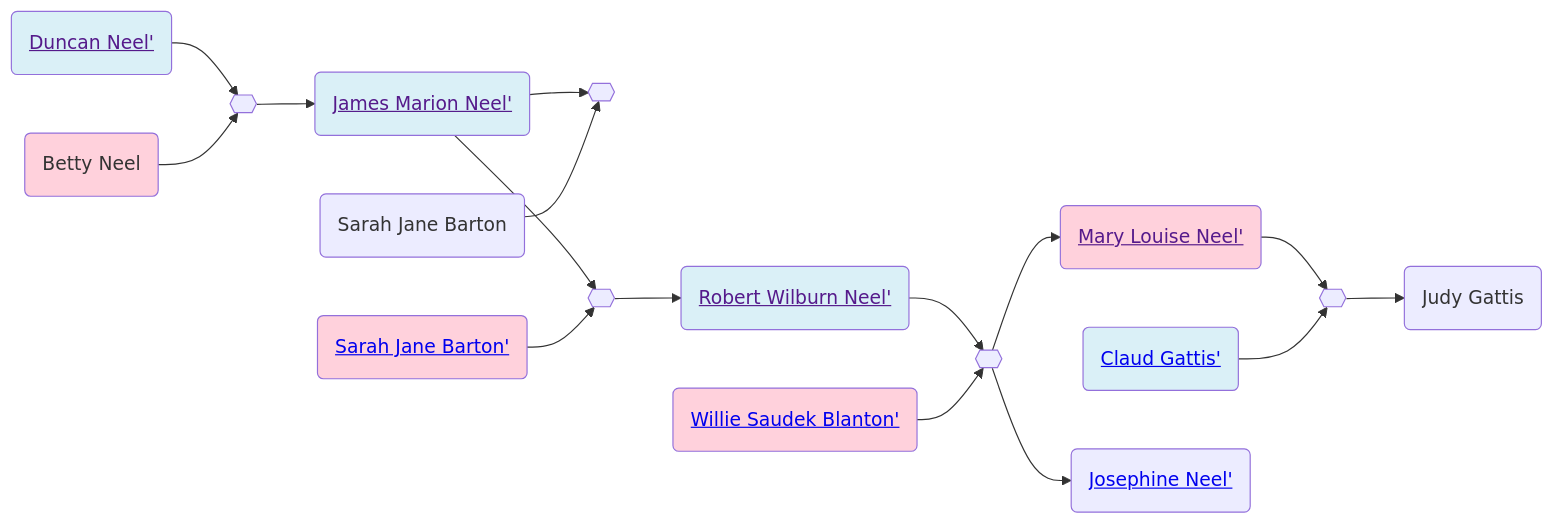
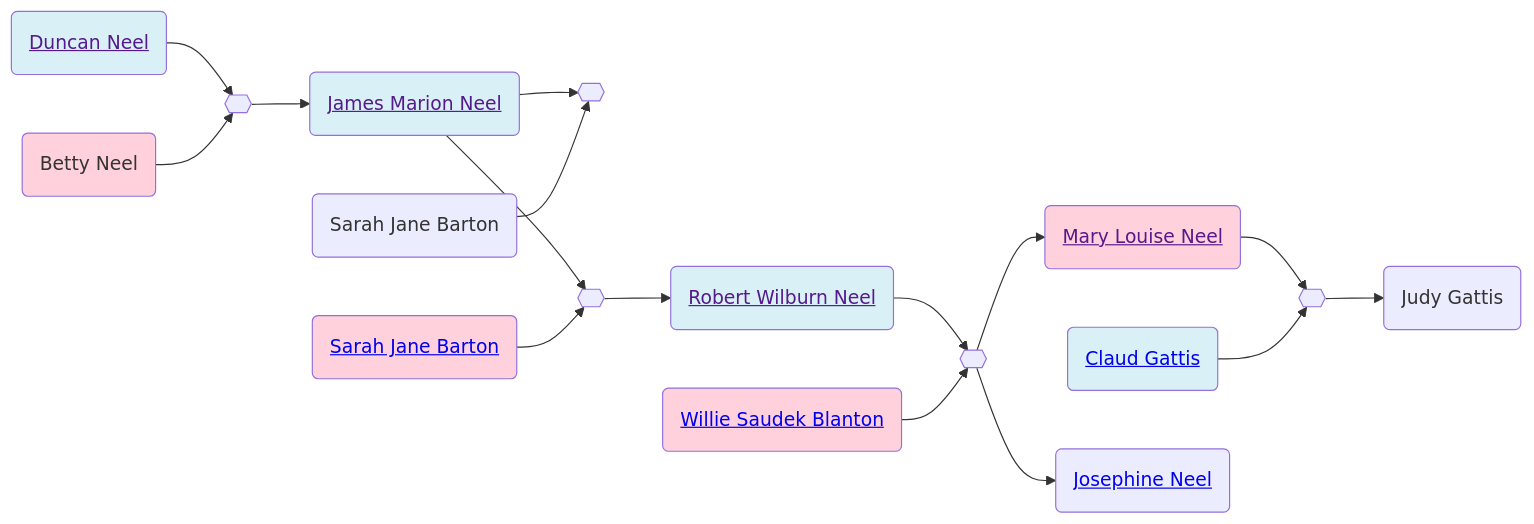
One commit to neelsmith/avocational changed the diagram in familyhistory/sources/people/Neel-line/Duncan_Neel.qmd. Above: the diagram before and after it, drawn with Mermaid. The commit also changed 96 other files, not shown here.

````diff
--- a/familyhistory/sources/people/Neel-line/Duncan_Neel.qmd
+++ b/familyhistory/sources/people/Neel-line/Duncan_Neel.qmd
@@ -26,38 +26,38 @@
 ```{mermaid}
 graph LR
 %% LR descendant diagram
 class Duncan_Neel_and_Betty_Neel marriage
-Duncan_Neel(<a href=''>Duncan Neel'</>) --> Duncan_Neel_and_Betty_Neel{{ }}
+Duncan_Neel(<a href=''>Duncan Neel</a>) --> Duncan_Neel_and_Betty_Neel{{ }}
 Betty_Neel(Betty Neel) --> Duncan_Neel_and_Betty_Neel{{ }}
 class Duncan_Neel father
 class Betty_Neel mother
-Duncan_Neel_and_Betty_Neel{{ }} --> James_Marion_Neel(<a href='./James_Marion_Neel.html'>James Marion Neel'</>)
+Duncan_Neel_and_Betty_Neel{{ }} --> James_Marion_Neel(<a href='./James_Marion_Neel.html'>James Marion Neel</a>)
 class James_Marion_Neel_and__Sarah_Jane_Barton marriage
-James_Marion_Neel(<a href=''>James Marion Neel'</>) --> James_Marion_Neel_and__Sarah_Jane_Barton{{ }}
+James_Marion_Neel(<a href=''>James Marion Neel</a>) --> James_Marion_Neel_and__Sarah_Jane_Barton{{ }}
 _Sarah_Jane_Barton( Sarah Jane Barton) --> James_Marion_Neel_and__Sarah_Jane_Barton{{ }}
 class James_Marion_Neel_and_Sarah_Jane_Barton marriage
-James_Marion_Neel(<a href=''>James Marion Neel'</>) --> James_Marion_Neel_and_Sarah_Jane_Barton{{ }}
-Sarah_Jane_Barton(<a href='./Sarah_Jane_Barton.html'>Sarah Jane Barton'</>) --> James_Marion_Neel_and_Sarah_Jane_Barton{{ }}
+James_Marion_Neel(<a href=''>James Marion Neel</a>) --> James_Marion_Neel_and_Sarah_Jane_Barton{{ }}
+Sarah_Jane_Barton(<a href='./Sarah_Jane_Barton.html'>Sarah Jane Barton</a>) --> James_Marion_Neel_and_Sarah_Jane_Barton{{ }}
 class James_Marion_Neel father
 class Sarah_Jane_Barton mother
-James_Marion_Neel_and_Sarah_Jane_Barton{{ }} --> Robert_Wilburn_Neel(<a href='./Robert_Wilburn_Neel.html'>Robert Wilburn Neel'</>)
+James_Marion_Neel_and_Sarah_Jane_Barton{{ }} --> Robert_Wilburn_Neel(<a href='./Robert_Wilburn_Neel.html'>Robert Wilburn Neel</a>)
 class Robert_Wilburn_Neel_and_Willie_Saudek_Blanton marriage
-Robert_Wilburn_Neel(<a href=''>Robert Wilburn Neel'</>) --> Robert_Wilburn_Neel_and_Willie_Saudek_Blanton{{ }}
-Willie_Saudek_Blanton(<a href='./Blanton-line/Willie_Saudek_Blanton.html'>Willie Saudek Blanton'</>) --> Robert_Wilburn_Neel_and_Willie_Saudek_Blanton{{ }}
+Robert_Wilburn_Neel(<a href=''>Robert Wilburn Neel</a>) --> Robert_Wilburn_Neel_and_Willie_Saudek_Blanton{{ }}
+Willie_Saudek_Blanton(<a href='./Blanton-line/Willie_Saudek_Blanton.html'>Willie Saudek Blanton</a>) --> Robert_Wilburn_Neel_and_Willie_Saudek_Blanton{{ }}
 class Robert_Wilburn_Neel father
 class Willie_Saudek_Blanton mother
-Robert_Wilburn_Neel_and_Willie_Saudek_Blanton{{ }} --> Mary_Louise_Neel(<a href='./Mary_Louise_Neel.html'>Mary Louise Neel'</>)
+Robert_Wilburn_Neel_and_Willie_Saudek_Blanton{{ }} --> Mary_Louise_Neel(<a href='./Mary_Louise_Neel.html'>Mary Louise Neel</a>)
 class Mary_Louise_Neel_and_Claud_Gattis marriage
-Mary_Louise_Neel(<a href=''>Mary Louise Neel'</>) --> Mary_Louise_Neel_and_Claud_Gattis{{ }}
-Claud_Gattis(<a href='./../Gattis-line/Claud_Gattis.html'>Claud Gattis'</>) --> Mary_Louise_Neel_and_Claud_Gattis{{ }}
+Mary_Louise_Neel(<a href=''>Mary Louise Neel</a>) --> Mary_Louise_Neel_and_Claud_Gattis{{ }}
+Claud_Gattis(<a href='./../Gattis-line/Claud_Gattis.html'>Claud Gattis</a>) --> Mary_Louise_Neel_and_Claud_Gattis{{ }}
 class Claud_Gattis father
 class Mary_Louise_Neel mother
 Mary_Louise_Neel_and_Claud_Gattis{{ }} --> Judy_Gattis(Judy Gattis)
 class Robert_Wilburn_Neel father
 class Willie_Saudek_Blanton mother
-Robert_Wilburn_Neel_and_Willie_Saudek_Blanton{{ }} --> Josephine_Neel(<a href='./Josephine_Neel.html'>Josephine Neel'</>)
+Robert_Wilburn_Neel_and_Willie_Saudek_Blanton{{ }} --> Josephine_Neel(<a href='./Josephine_Neel.html'>Josephine Neel</a>)
 classDef mother fill:#ffd1dc
 classDef father fill:#daf0f7  
 classDef marriage fill:#ffffff
 
 ```
````
